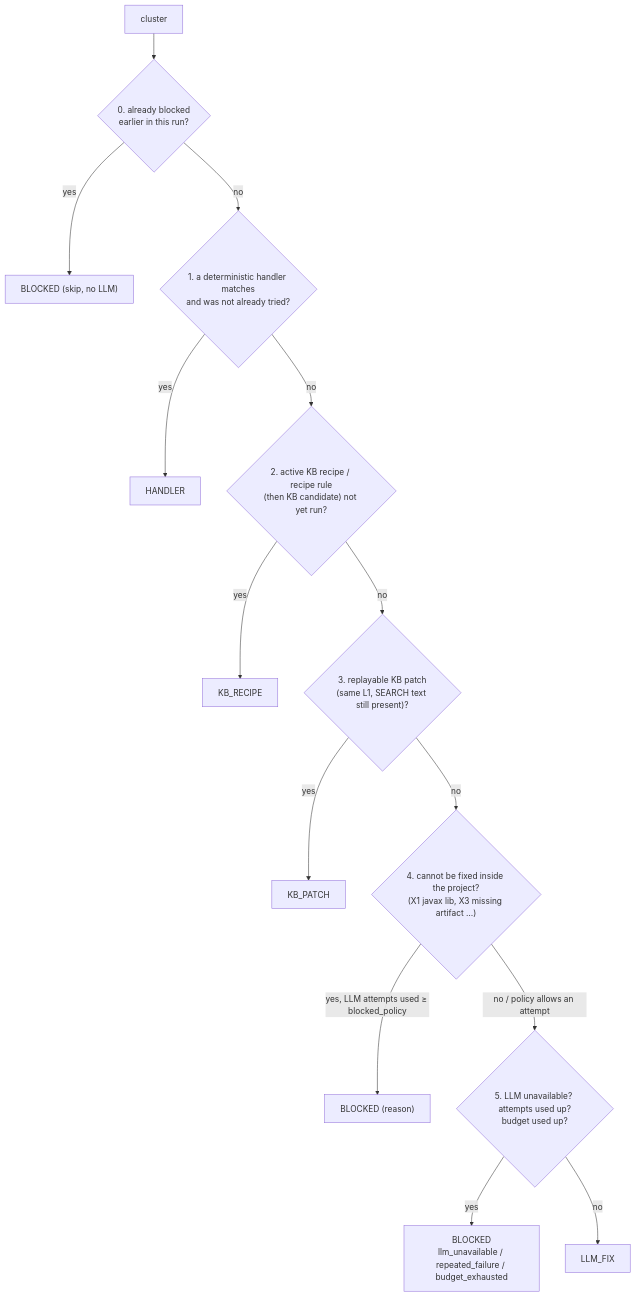
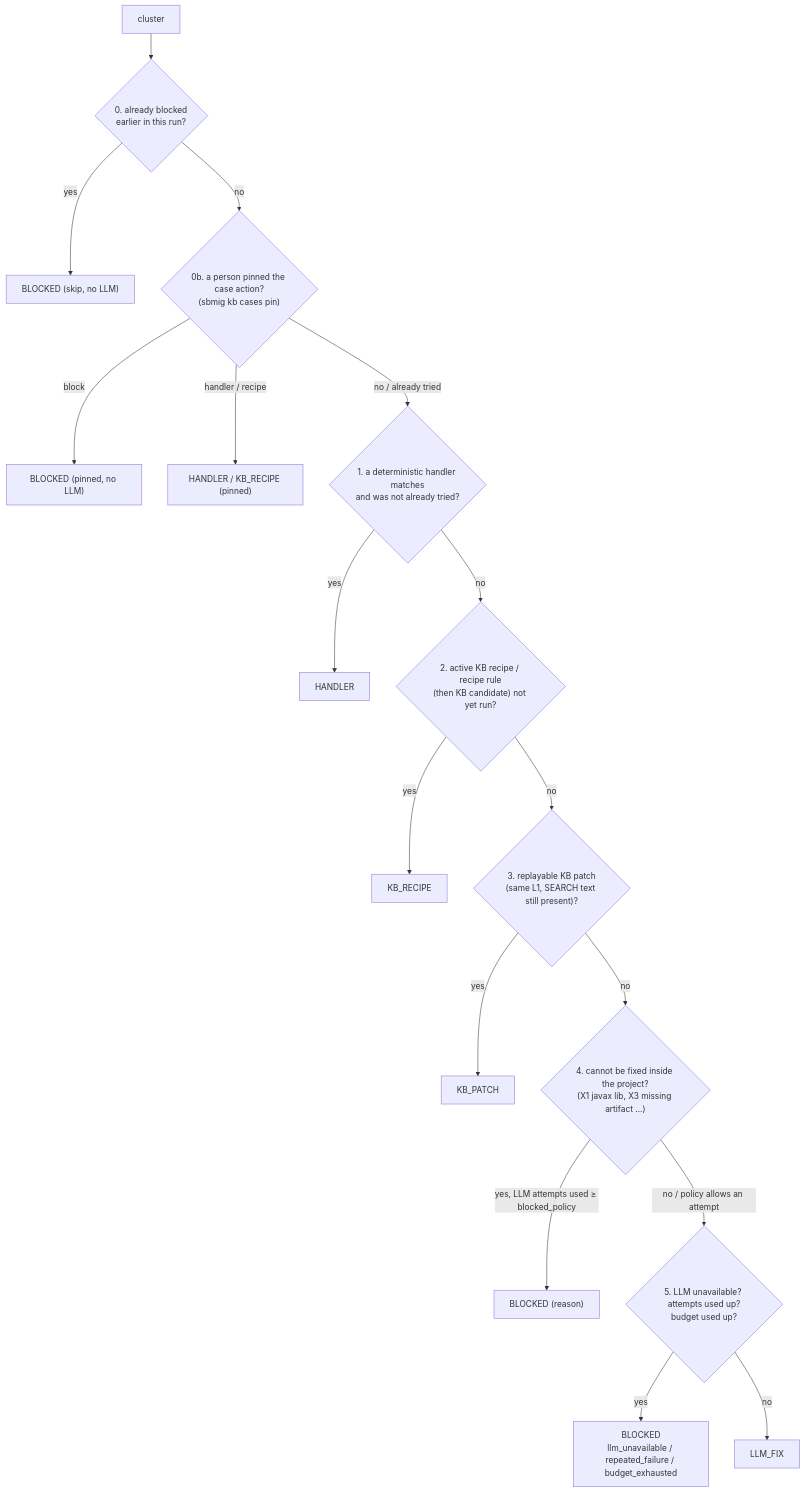
The second of 2 diagrams in docs/handbook/04-triage-and-loop.md (acandiatale/tutu), drawn with Mermaid before and after one commit. The commit also changed other lines of this file and 193 other files, not shown here.

````diff
--- a/docs/handbook/04-triage-and-loop.md
+++ b/docs/handbook/04-triage-and-loop.md
@@ -66,16 +67,19 @@
 ```mermaid
 flowchart TD
     S["cluster"] --> R0{"0. already blocked<br/>earlier in this run?"}
     R0 -- yes --> BL0["BLOCKED (skip, no LLM)"]
-    R0 -- no --> R1{"1. a deterministic handler matches<br/>and was not already tried?"}
+    R0 -- no --> R0B{"0b. a person pinned the case action?<br/>(sbmig kb cases pin)"}
+    R0B -- "block" --> BLP["BLOCKED (pinned, no LLM)"]
+    R0B -- "handler / recipe" --> PIN["HANDLER / KB_RECIPE (pinned)"]
+    R0B -- "no / already tried" --> R1{"1. a deterministic handler matches<br/>and was not already tried?"}
     R1 -- yes --> H["HANDLER"]
     R1 -- no --> R2{"2. active KB recipe / recipe rule<br/>(then KB candidate) not yet run?"}
     R2 -- yes --> KR["KB_RECIPE"]
     R2 -- no --> R3{"3. replayable KB patch<br/>(same L1, SEARCH text still present)?"}
     R3 -- yes --> KP["KB_PATCH"]
     R3 -- no --> R4{"4. cannot be fixed inside the project?<br/>(X1 javax lib, X3 missing artifact …)"}
     R4 -- "yes, LLM attempts used ≥ blocked_policy" --> BL4["BLOCKED (reason)"]
     R4 -- "no / policy allows an attempt" --> R5{"5. LLM unavailable? attempts used up?<br/>budget used up?"}
     R5 -- yes --> BL5["BLOCKED<br/>llm_unavailable / repeated_failure / budget_exhausted"]
     R5 -- no --> L["LLM_FIX"]
 ```
````
